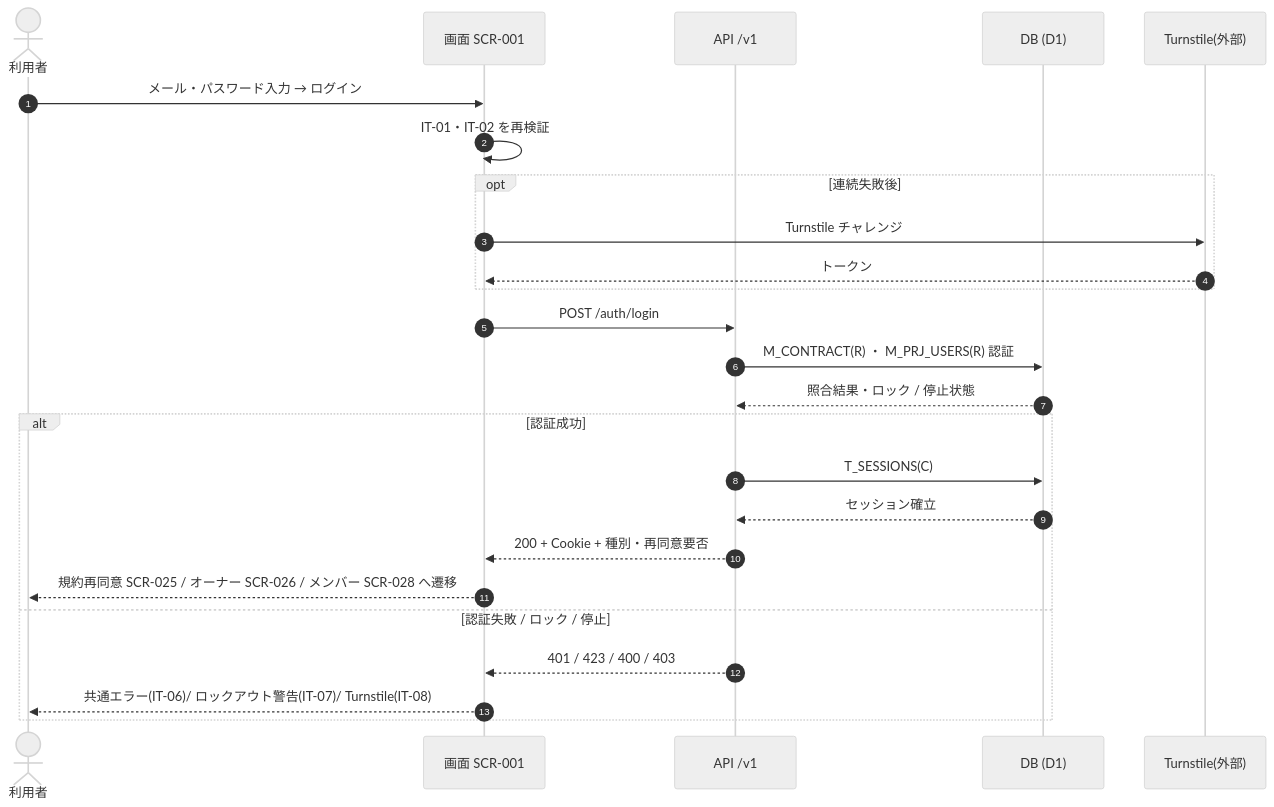
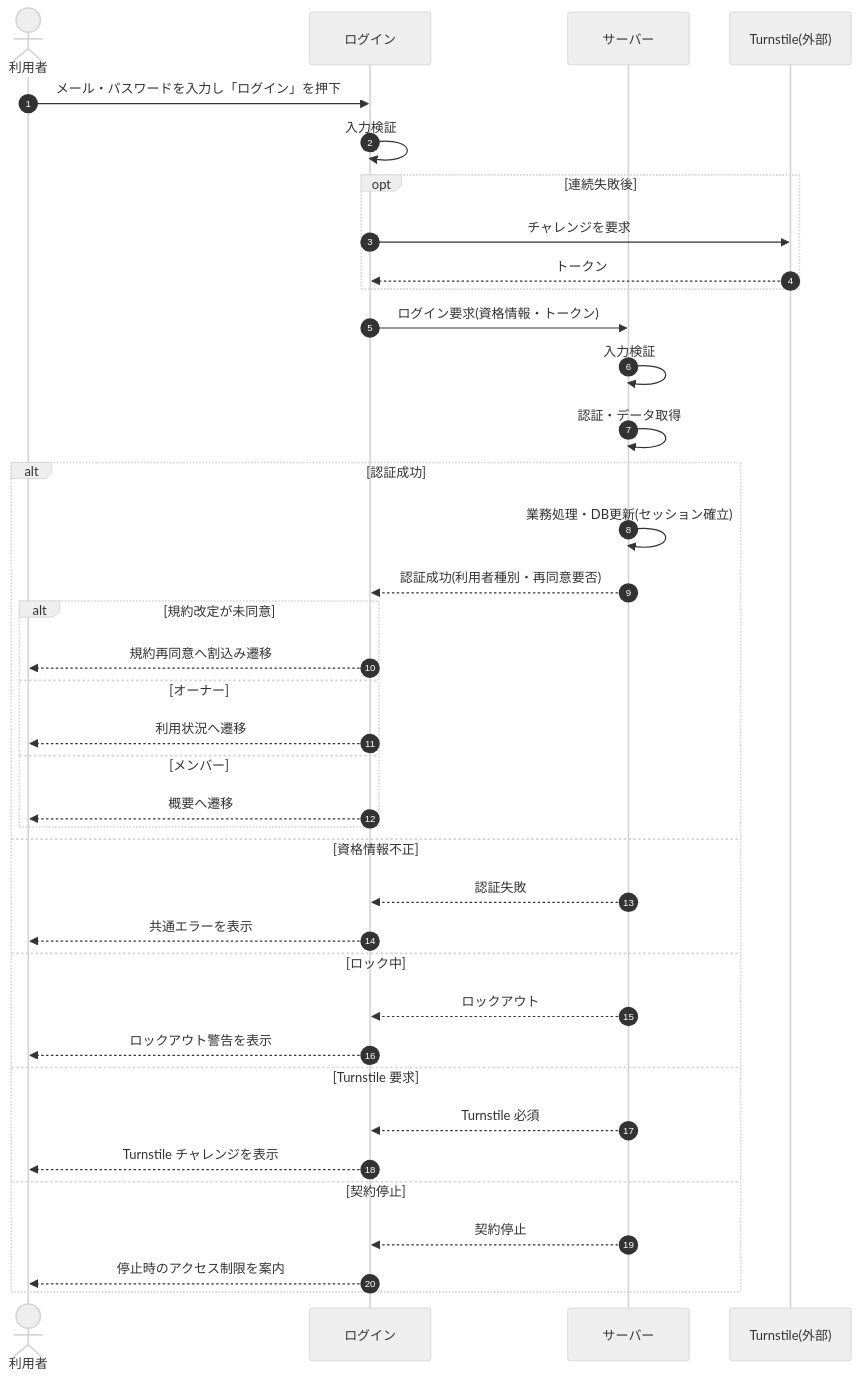
The diagram in 02_basic_design/05_sequences/SEQ-002.md (sikakou54/open-faq), drawn with Mermaid (neutral theme) before and after one commit. The commit also changed other lines of this file and 108 other files, not shown here.

First line of the commit message:
基本設計: シーケンス図を基本設計粒度(ユーザー/画面/サーバー)へ再編成

````diff
--- a/02_basic_design/05_sequences/SEQ-002.md
+++ b/02_basic_design/05_sequences/SEQ-002.md
@@ -25,27 +32,40 @@
 ```mermaid
 sequenceDiagram
   autonumber
   actor U as 利用者
-  participant S as 画面 SCR-001
-  participant API as API /v1
-  participant DB as DB (D1)
+  participant Screen as ログイン
+  participant Server as サーバー
   participant TS as Turnstile(外部)
-  U->>S: メール・パスワード入力 → ログイン
-  S->>S: IT-01・IT-02 を再検証
+  U->>Screen: メール・パスワードを入力し「ログイン」を押下
+  Screen->>Screen: 入力検証
   opt 連続失敗後
-    S->>TS: Turnstile チャレンジ
-    TS-->>S: トークン
+    Screen->>TS: チャレンジを要求
+    TS-->>Screen: トークン
   end
-  S->>API: POST /auth/login
-  API->>DB: M_CONTRACT(R) ・ M_PRJ_USERS(R) 認証
-  DB-->>API: 照合結果・ロック / 停止状態
+  Screen->>Server: ログイン要求(資格情報・トークン)
+  Server->>Server: 入力検証
+  Server->>Server: 認証・データ取得
   alt 認証成功
-    API->>DB: T_SESSIONS(C)
-    DB-->>API: セッション確立
-    API-->>S: 200 + Cookie + 種別・再同意要否
-    S-->>U: 規約再同意 SCR-025 / オーナー SCR-026 / メンバー SCR-028 へ遷移
-  else 認証失敗 / ロック / 停止
-    API-->>S: 401 / 423 / 400 / 403
-    S-->>U: 共通エラー(IT-06)/ ロックアウト警告(IT-07)/ Turnstile(IT-08)
+    Server->>Server: 業務処理・DB更新(セッション確立)
+    Server-->>Screen: 認証成功(利用者種別・再同意要否)
+    alt 規約改定が未同意
+      Screen-->>U: 規約再同意へ割込み遷移
+    else オーナー
+      Screen-->>U: 利用状況へ遷移
+    else メンバー
+      Screen-->>U: 概要へ遷移
+    end
+  else 資格情報不正
+    Server-->>Screen: 認証失敗
+    Screen-->>U: 共通エラーを表示
+  else ロック中
+    Server-->>Screen: ロックアウト
+    Screen-->>U: ロックアウト警告を表示
+  else Turnstile 要求
+    Server-->>Screen: Turnstile 必須
+    Screen-->>U: Turnstile チャレンジを表示
+  else 契約停止
+    Server-->>Screen: 契約停止
+    Screen-->>U: 停止時のアクセス制限を案内
   end
 ```
````
